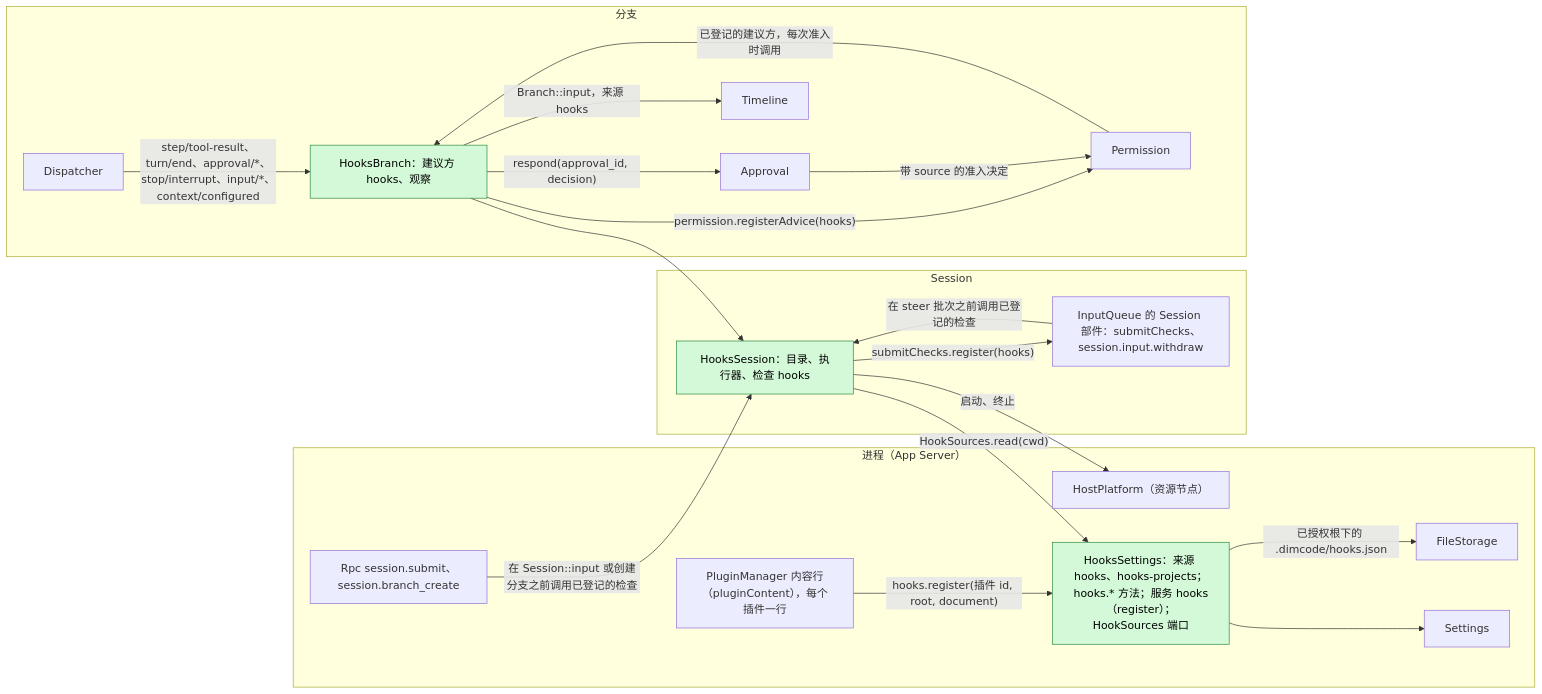
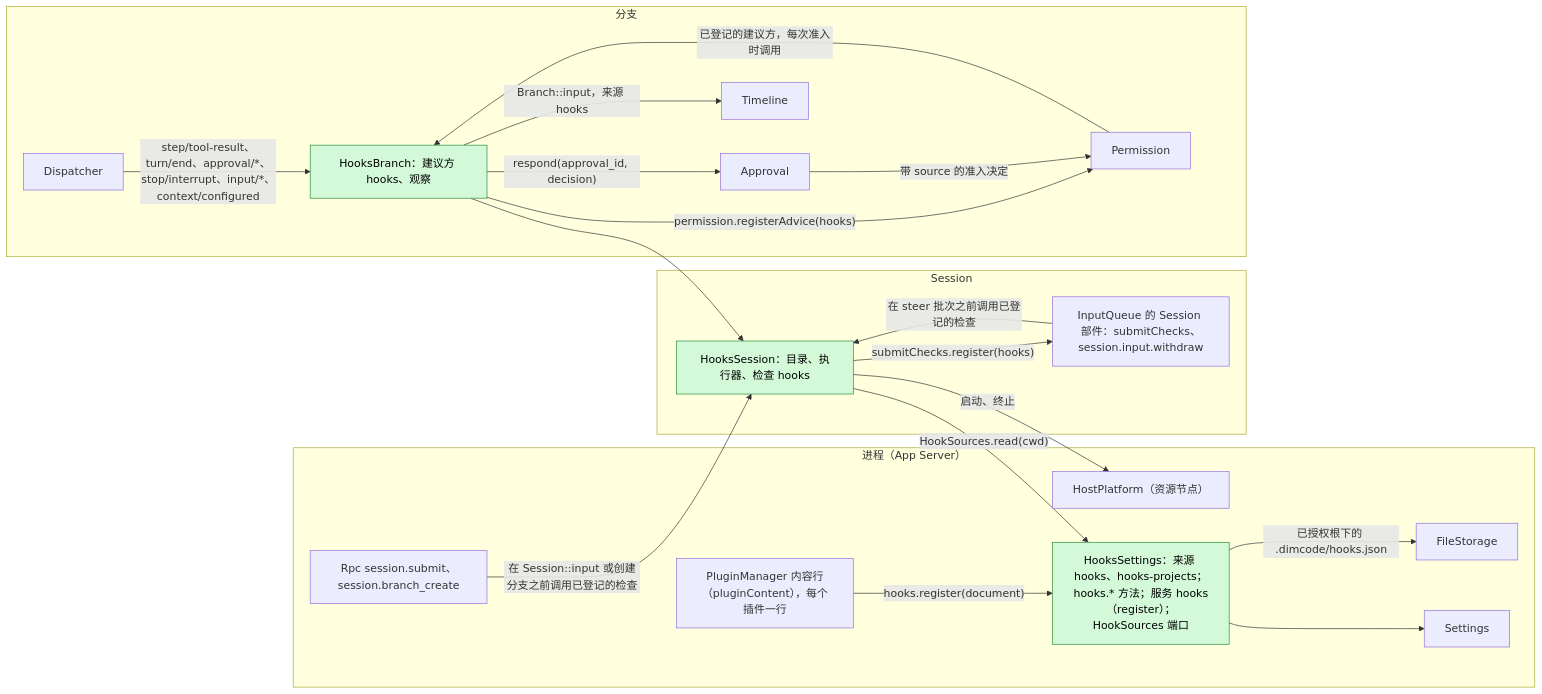
One commit to arcships/dim changed the first of 6 diagrams in docs/zh/design/plugins/Hooks.md. Above: the diagram before and after it, drawn with Mermaid. The commit also changed other lines of this file and 1 other file, not shown here.

Commit message:
docs(hooks): follow #466's register(document) and state the dependency on #466; fix ZH links (#469 review)

````diff
--- a/docs/zh/design/plugins/Hooks.md
+++ b/docs/zh/design/plugins/Hooks.md
@@ -39,38 +39,38 @@
 ```mermaid
 flowchart LR
   subgraph PROC["进程（App Server）"]
     HSet["HooksSettings：来源 hooks、hooks-projects；hooks.* 方法；服务 hooks（register）；HookSources 端口"]:::new
     Settings["Settings"]
     FS["FileStorage"]
     PC["PluginManager 内容行（pluginContent），每个插件一行"]
     Rpc["Rpc session.submit、session.branch_create"]
     HP["HostPlatform（资源节点）"]
   end
   subgraph SESS["Session"]
     HS["HooksSession：目录、执行器、检查 hooks"]:::new
     IM["InputQueue 的 Session 部件：submitChecks、session.input.withdraw"]
   end
   subgraph BR["分支"]
     HB["HooksBranch：建议方 hooks、观察"]:::new
     AP["Approval"]
     PM["Permission"]
     TL["Timeline"]
     DP["Dispatcher"]
   end
   HSet --> Settings
   HSet -->|"已授权根下的 .dimcode/hooks.json"| FS
-  PC -->|"hooks.register(插件 id, root, document)"| HSet
+  PC -->|"hooks.register(document)"| HSet
   HS -->|"HookSources.read(cwd)"| HSet
   HS -->|"启动、终止"| HP
   HS -->|"submitChecks.register(hooks)"| IM
   Rpc -->|"在 Session::input 或创建分支之前调用已登记的检查"| HS
   IM -->|"在 steer 批次之前调用已登记的检查"| HS
   HB --> HS
   HB -->|"permission.registerAdvice(hooks)"| PM
   AP -->|"带 source 的准入决定"| PM
   PM -->|"已登记的建议方，每次准入时调用"| HB
   HB -->|"respond(approval_id, decision)"| AP
   HB -->|"Branch::input，来源 hooks"| TL
   DP -->|"step/tool-result、turn/end、approval/*、stop/interrupt、input/*、context/configured"| HB
   classDef new fill:#d3f9d8,stroke:#2b8a3e,color:#000
 ```
````
